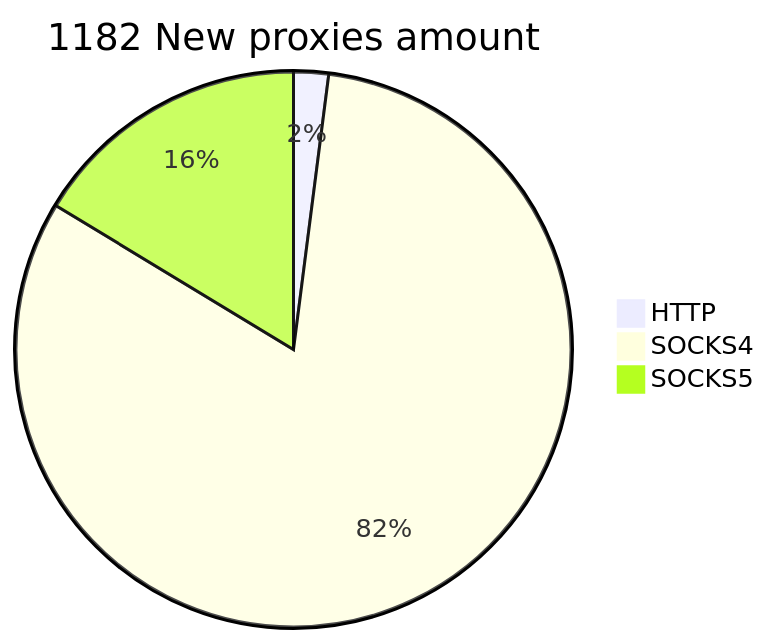
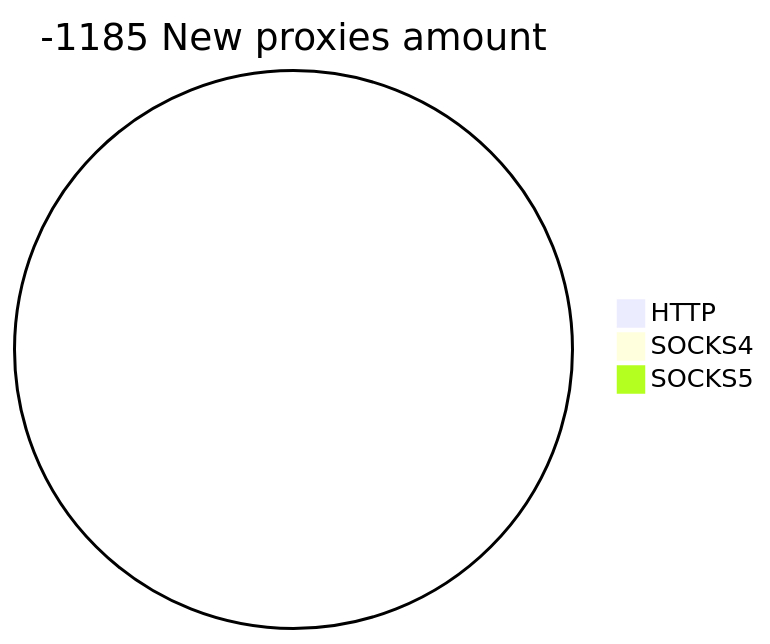
Before and after one commit to cutipu/proxylist: the second of 2 diagrams in README.md, drawn with Mermaid. The commit also changed other lines of this file, not shown here.

````diff
--- a/README.md
+++ b/README.md
@@ -10,6 +10,6 @@
 ```mermaid
-pie title 1182 New proxies amount
-    "HTTP" : 24
-    "SOCKS4" : 965
-    "SOCKS5" : 193
+pie title -1185 New proxies amount
+    "HTTP" : 0
+    "SOCKS4" : 0
+    "SOCKS5" : 0
 ```
````
